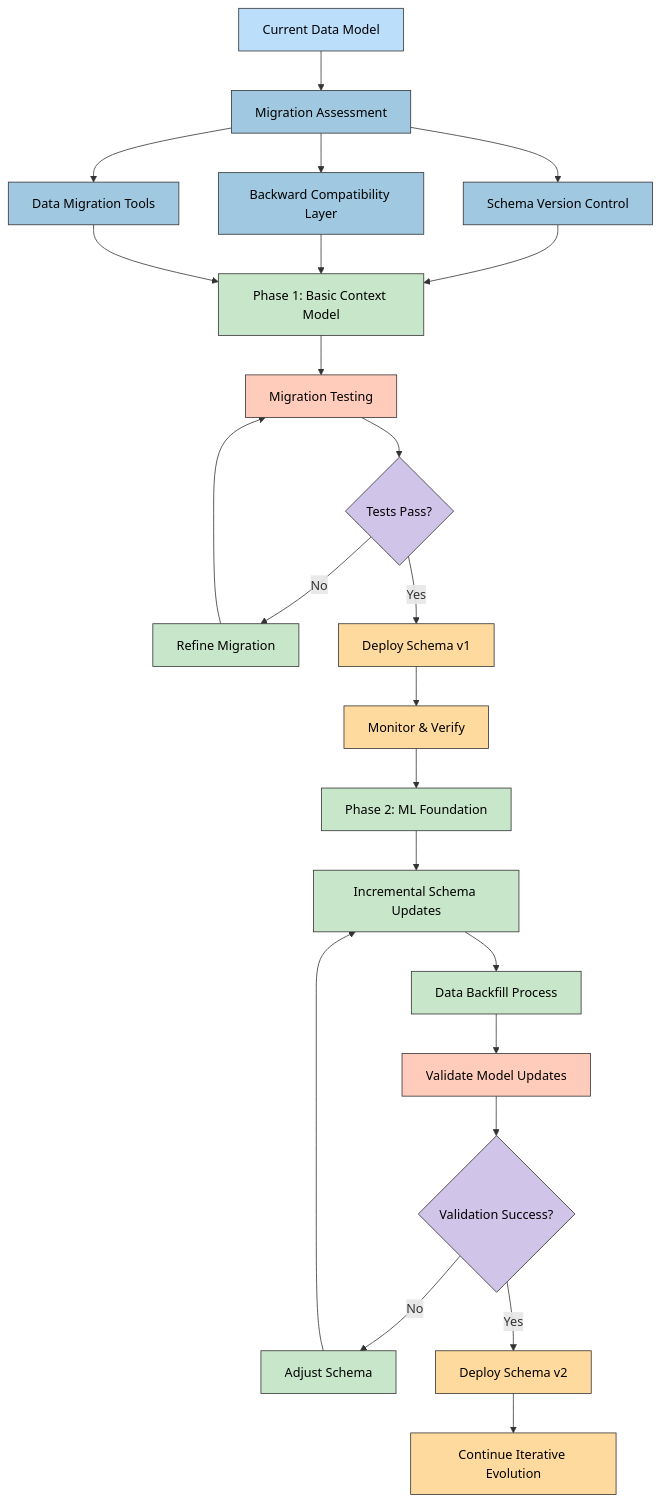
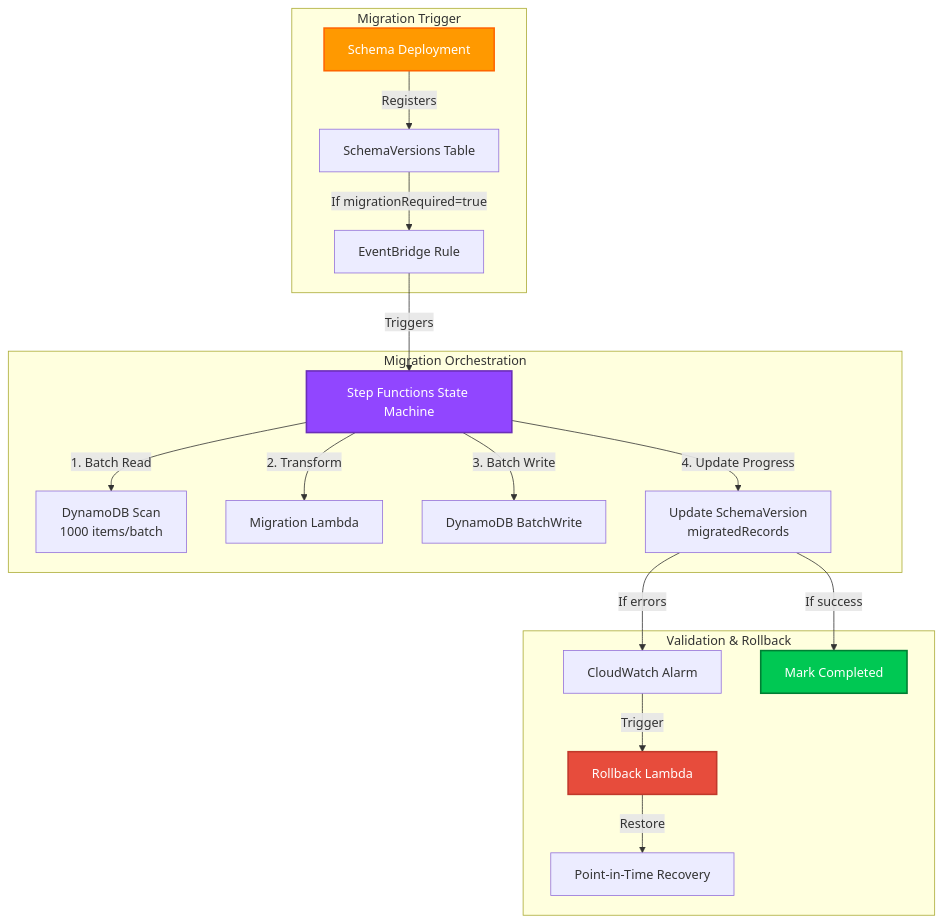
The eighth of 13 diagrams in docs/architecture/FUTURE_DATA_MODEL.md (Hack23/cia-compliance-manager), drawn with Mermaid before and after one commit. The commit also changed other lines of this file, not shown here.

First line of the commit message:
docs: update FUTURE_DATA_MODEL.md with v1.0 baseline and AWS serverless persistence architecture (#719)

````diff
--- a/docs/architecture/FUTURE_DATA_MODEL.md
+++ b/docs/architecture/FUTURE_DATA_MODEL.md
@@ -791,45 +1071,28 @@
 ```mermaid
 flowchart TD
-    A[Current Data Model] --> B[Migration Assessment]
+    subgraph "Migration Trigger"
+        Deploy[Schema Deployment]
+        Deploy -->|Registers| Version[SchemaVersions Table]
+        Version -->|If migrationRequired=true| Event[EventBridge Rule]
+    end
     
-    B --> C1[Schema Version Control]
-    B --> C2[Backward Compatibility Layer]
-    B --> C3[Data Migration Tools]
+    subgraph "Migration Orchestration"
+        Event -->|Triggers| StepFunc[Step Functions State Machine]
+        StepFunc -->|1. Batch Read| Scan[DynamoDB Scan<br/>1000 items/batch]
+        StepFunc -->|2. Transform| Lambda[Migration Lambda]
+        StepFunc -->|3. Batch Write| Write[DynamoDB BatchWrite]
+        StepFunc -->|4. Update Progress| Progress[Update SchemaVersion<br/>migratedRecords]
+    end
     
-    C1 & C2 & C3 --> D[Phase 1: Basic Context Model]
-    D --> E[Migration Testing]
-    E --> F{Tests Pass?}
+    subgraph "Validation & Rollback"
+        Progress -->|If errors| Alert[CloudWatch Alarm]
+        Alert -->|Trigger| Rollback[Rollback Lambda]
+        Rollback -->|Restore| Backup[Point-in-Time Recovery]
+        Progress -->|If success| Complete[Mark Completed]
+    end
     
-    F -->|No| G[Refine Migration]
-    G --> E
-    
-    F -->|Yes| H[Deploy Schema v1]
-    H --> I[Monitor & Verify]
-    I --> J[Phase 2: ML Foundation]
-    
-    J --> K[Incremental Schema Updates]
-    K --> L[Data Backfill Process]
-    L --> M[Validate Model Updates]
-    
-    M --> N{Validation Success?}
-    N -->|No| O[Adjust Schema]
-    O --> K
-    
-    N -->|Yes| P[Deploy Schema v2]
-    P --> Q[Continue Iterative Evolution]
-
-    classDef current fill:#bbdefb,stroke:#333,stroke-width:1px,color:black
-    classDef planning fill:#a0c8e0,stroke:#333,stroke-width:1px,color:black
-    classDef implementation fill:#c8e6c9,stroke:#333,stroke-width:1px,color:black
-    classDef testing fill:#ffccbc,stroke:#333,stroke-width:1px,color:black
-    classDef decision fill:#d1c4e9,stroke:#333,stroke-width:1px,color:black
-    classDef deployment fill:#ffda9e,stroke:#333,stroke-width:1px,color:black
-
-    class A current
-    class B,C1,C2,C3 planning
-    class D,J,K,L implementation
-    class E,M testing
-    class F,N decision
-    class G,O implementation
-    class H,P,I,Q deployment
+    style Deploy fill:#FF9900,stroke:#FF6600,stroke-width:2px,color:#fff
+    style StepFunc fill:#9146FF,stroke:#6B2EB8,stroke-width:2px,color:#fff
+    style Complete fill:#00C853,stroke:#007E33,stroke-width:2px,color:#fff
+    style Rollback fill:#e74c3c,stroke:#c0392b,stroke-width:2px,color:#fff
 ```
````
